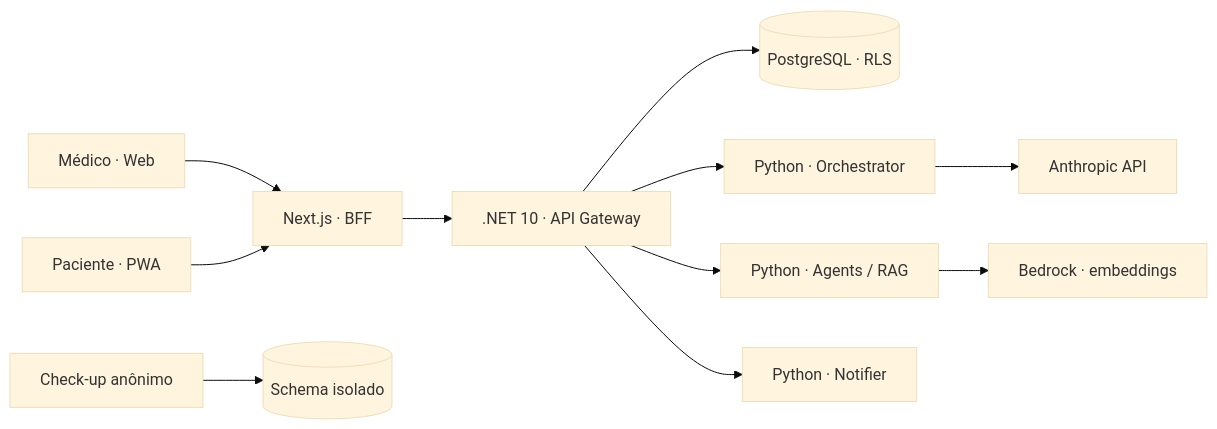
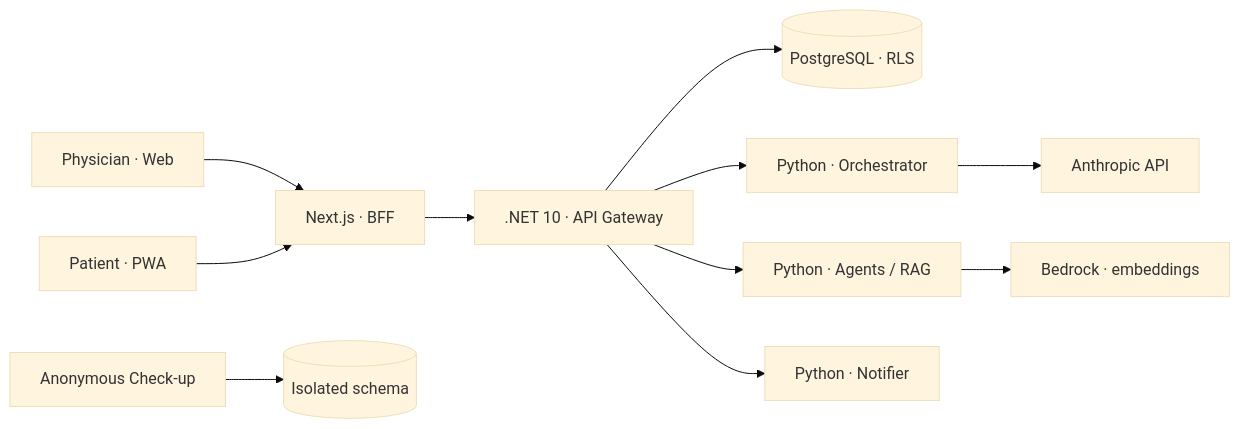
One commit to arinelliquebec/cerebro-amigo changed the diagram in README.md. Above: the diagram before and after it, drawn with Mermaid (base theme). The commit also changed other lines of this file and 1 other file, not shown here.

````diff
--- a/README.md
+++ b/README.md
@@ -85,13 +90,13 @@
 ```mermaid
 flowchart LR
-    M["Médico · Web"] --> BFF["Next.js · BFF"]
-    P["Paciente · PWA"] --> BFF
+    M["Physician · Web"] --> BFF["Next.js · BFF"]
+    P["Patient · PWA"] --> BFF
     BFF --> API[".NET 10 · API Gateway"]
     API --> DB[("PostgreSQL · RLS")]
     API --> ORC["Python · Orchestrator"]
     API --> AGT["Python · Agents / RAG"]
     API --> NOT["Python · Notifier"]
     ORC --> LLM["Anthropic API"]
     AGT --> EMB["Bedrock · embeddings"]
-    C["Check-up anônimo"] --> CDB[("Schema isolado")]
+    C["Anonymous Check-up"] --> CDB[("Isolated schema")]
 ```
````
